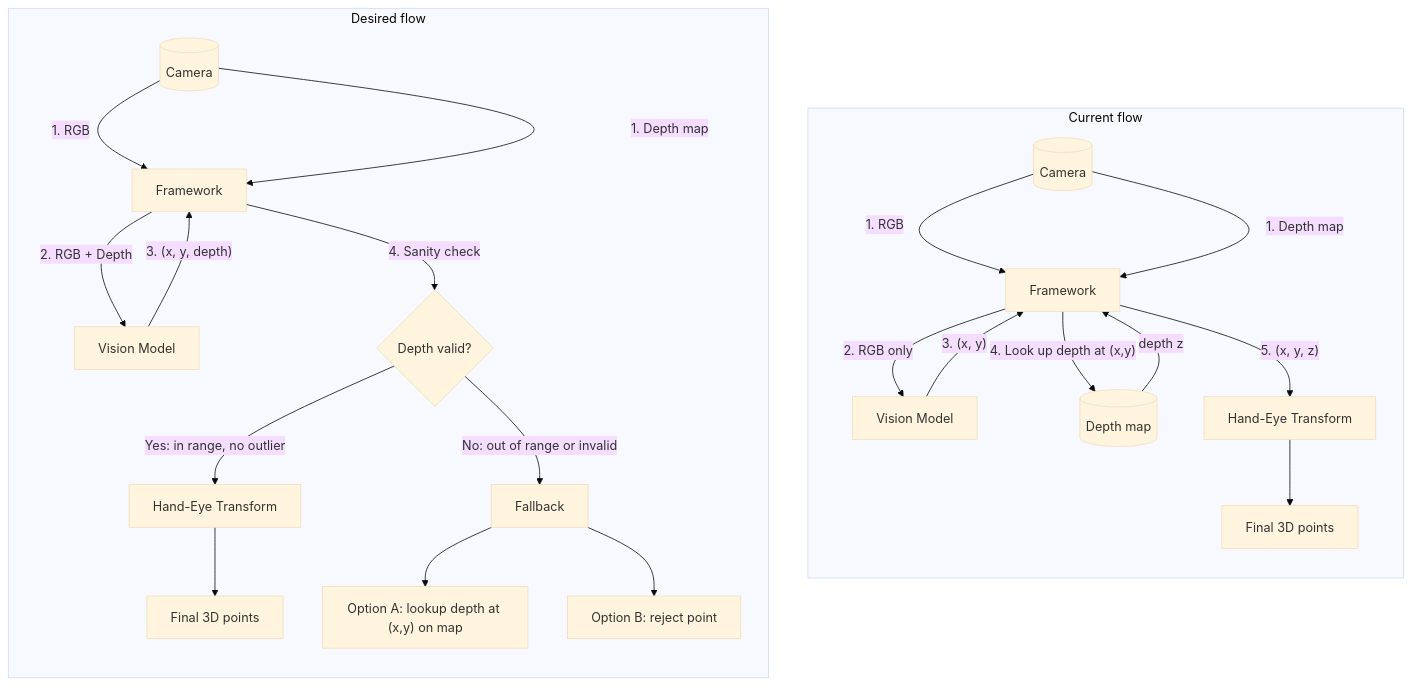
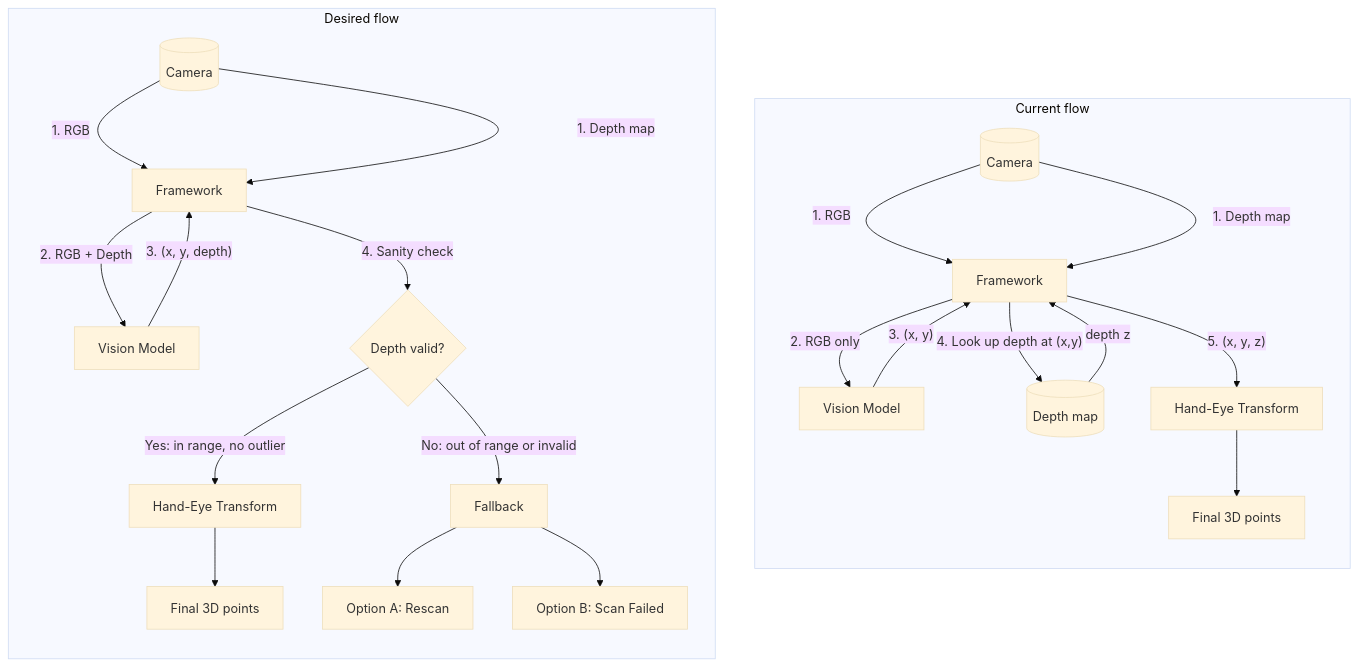
One commit to ShoaibSajid/PM changed the diagram in VISION_PIPELINE_FLOW.md. Above: the diagram before and after it, drawn with Mermaid (base theme).

````diff
--- a/VISION_PIPELINE_FLOW.md
+++ b/VISION_PIPELINE_FLOW.md
@@ -16,42 +16,42 @@
 ```mermaid
 flowchart TB
   %% ============================================
   %% CURRENT FLOW
   %% ============================================
   subgraph current["Current flow"]
     direction TB
     C_cam[("Camera")]
     C_cam -->|"1. RGB"| C_fw[Framework]
     C_cam -->|"1. Depth map"| C_fw
 
     C_fw -->|"2. RGB only"| C_vm[Vision Model]
     C_vm -->|"3. (x, y)"| C_fw
 
     C_fw -->|"4. Look up depth at (x,y)"| C_dep[(Depth map)]
     C_dep -->|"depth z"| C_fw
 
     C_fw -->|"5. (x, y, z)"| C_he[Hand-Eye Transform]
     C_he --> C_out[Final 3D points]
   end
 
   %% ============================================
   %% DESIRED FLOW
   %% ============================================
   subgraph desired["Desired flow"]
     direction TB
     D_cam[("Camera")]
     D_cam -->|"1. RGB"| D_fw[Framework]
     D_cam -->|"1. Depth map"| D_fw
 
     D_fw -->|"2. RGB + Depth"| D_vm[Vision Model]
     D_vm -->|"3. (x, y, depth)"| D_fw
 
     D_fw -->|"4. Sanity check"| D_check{Depth valid?}
     D_check -->|"Yes: in range, no outlier"| D_he[Hand-Eye Transform]
     D_he --> D_out[Final 3D points]
 
     D_check -->|"No: out of range or invalid"| D_fb[Fallback]
-    D_fb --> D_fb1["Option A: lookup depth at (x,y) on map"]
-    D_fb --> D_fb2["Option B: reject point"]
+    D_fb --> D_fb1["Option A: Rescan"]
+    D_fb --> D_fb2["Option B: Scan Failed"]
   end
 ```
````
